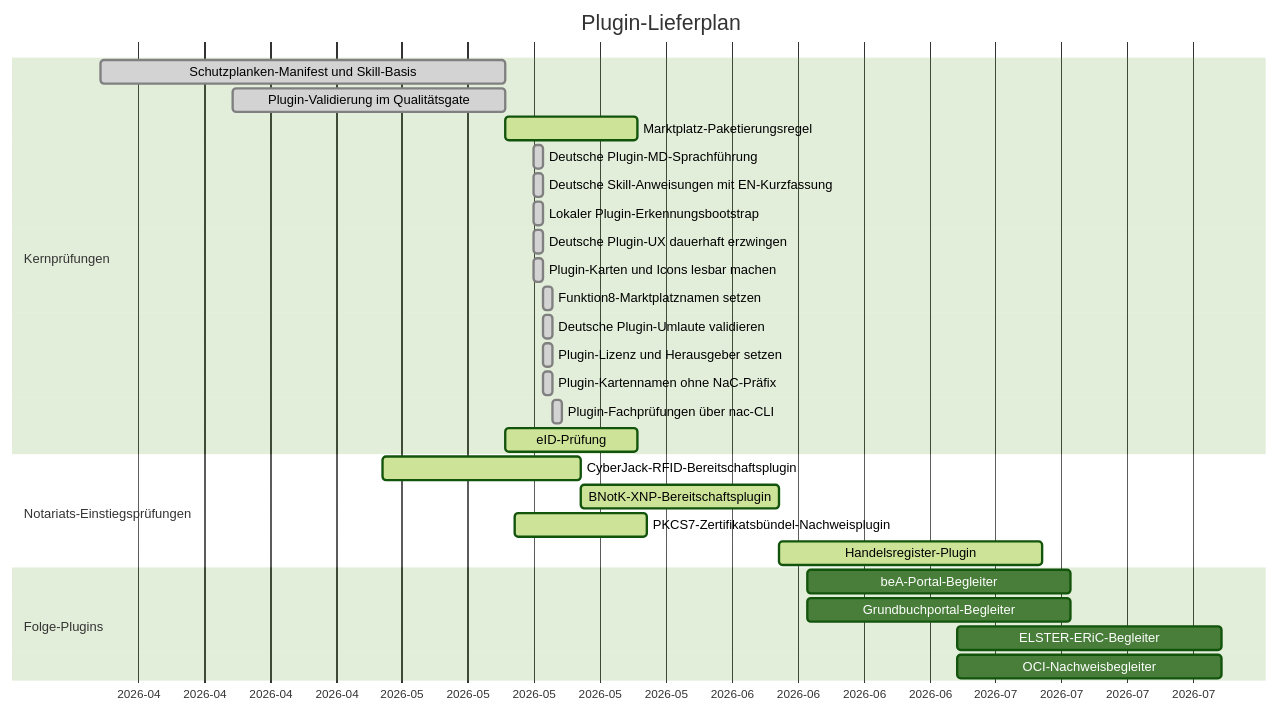
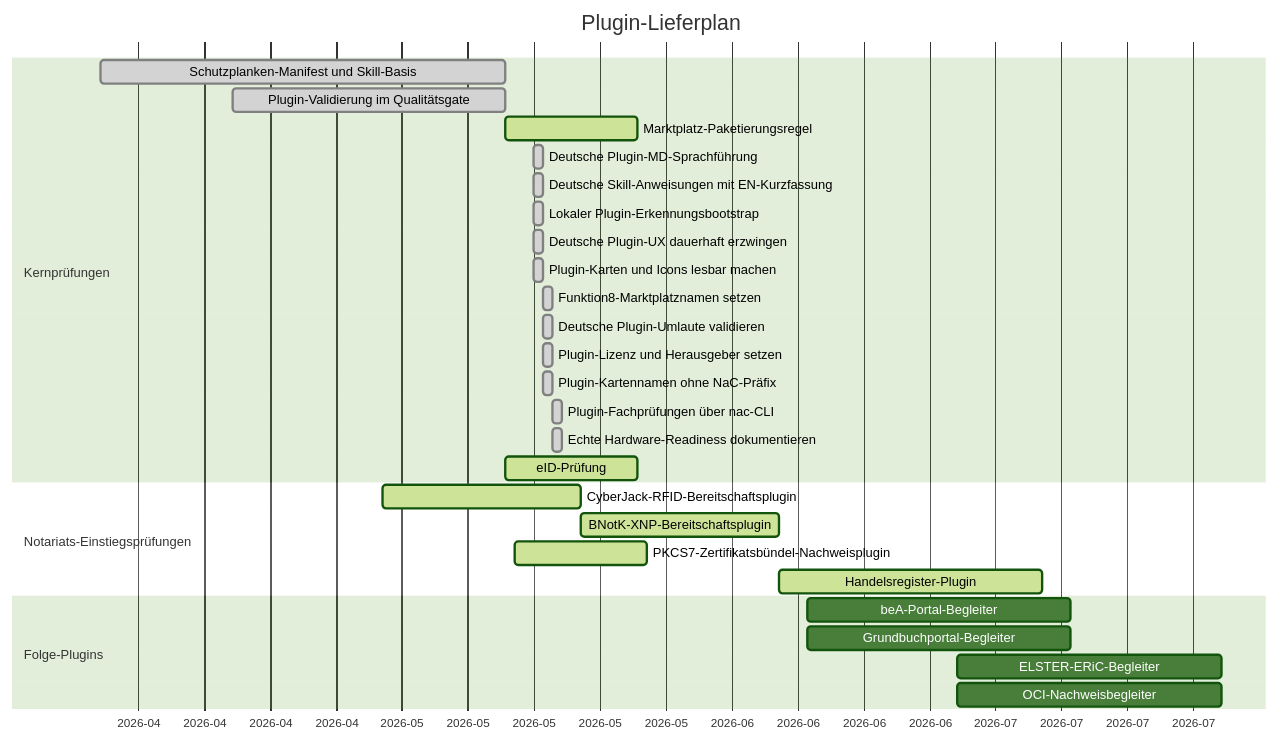
Before and after one commit to notariat8/NaC: the diagram in plugins/GANTT.md, drawn with Mermaid (forest theme). The commit also changed other lines of this file and 11 other files, not shown here.

Commit message:
Document real hardware readiness tests

````diff
--- a/plugins/GANTT.md
+++ b/plugins/GANTT.md
@@ -5,34 +5,35 @@
 ```mermaid
 gantt
     title Plugin-Lieferplan
     dateFormat  YYYY-MM-DD
     axisFormat  %Y-%m
 
     section Kernprüfungen
     Schutzplanken-Manifest und Skill-Basis     :done,   p1, 2026-04-01, 2026-05-14
     Plugin-Validierung im Qualitätsgate       :done,   p2, 2026-04-15, 2026-05-14
     Marktplatz-Paketierungsregel               :active, p3, 2026-05-14, 14d
     Deutsche Plugin-MD-Sprachführung          :done,   p3a, 2026-05-17, 1d
     Deutsche Skill-Anweisungen mit EN-Kurzfassung :done, p3b, 2026-05-17, 1d
     Lokaler Plugin-Erkennungsbootstrap          :done,   p3c, 2026-05-17, 1d
     Deutsche Plugin-UX dauerhaft erzwingen      :done,   p3d, 2026-05-17, 1d
     Plugin-Karten und Icons lesbar machen       :done,   p3e, 2026-05-17, 1d
     Funktion8-Marktplatznamen setzen            :done,   p3f, 2026-05-18, 1d
     Deutsche Plugin-Umlaute validieren           :done,   p3g, 2026-05-18, 1d
     Plugin-Lizenz und Herausgeber setzen         :done,   p3h, 2026-05-18, 1d
     Plugin-Kartennamen ohne NaC-Präfix           :done,   p3i, 2026-05-18, 1d
     Plugin-Fachprüfungen über nac-CLI            :done,   p3j, 2026-05-19, 1d
+    Echte Hardware-Readiness dokumentieren       :done,   p3k, 2026-05-19, 1d
     eID-Prüfung                            :active, p4, 2026-05-14, 14d
 
     section Notariats-Einstiegsprüfungen
     CyberJack-RFID-Bereitschaftsplugin         :active, p5, 2026-05-01, 21d
     BNotK-XNP-Bereitschaftsplugin              :active, p6, after p5, 21d
     PKCS7-Zertifikatsbündel-Nachweisplugin    :active, p6a, 2026-05-15, 14d
     Handelsregister-Plugin                     :active, p7, after p6, 28d
 
     section Folge-Plugins
     beA-Portal-Begleiter                       :        p8, 2026-06-15, 28d
     Grundbuchportal-Begleiter                  :        p9, 2026-06-15, 28d
     ELSTER-ERiC-Begleiter                      :        p10, 2026-07-01, 28d
     OCI-Nachweisbegleiter                      :        p11, 2026-07-01, 28d
 ```
````
